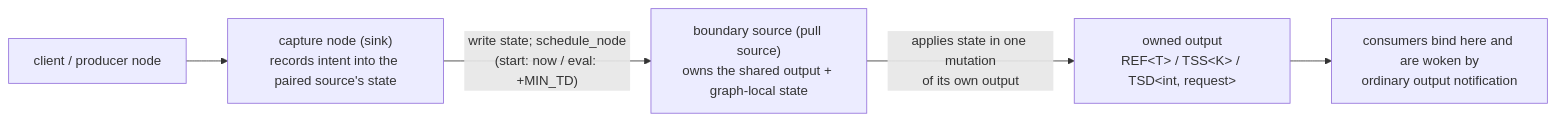
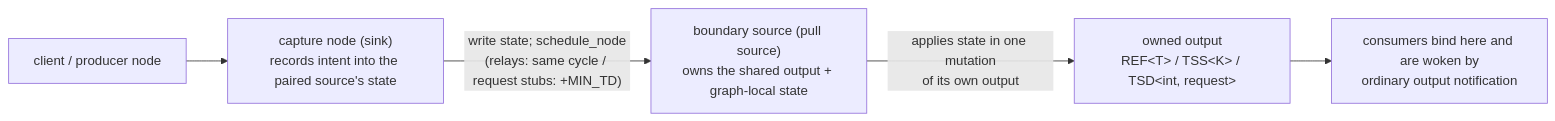
One commit to hhenson/hg_cpp changed the diagram in docs/source/developer_guide/services.rst. Above: the diagram before and after it, drawn with Mermaid. The commit also changed other lines of this file and 7 other files, not shown here.

Commit message:
Fix ranking of service and request-reply stubs

```diff
--- a/docs/source/developer_guide/services.rst
+++ b/docs/source/developer_guide/services.rst
@@ -27,13 +27,13 @@
 .. mermaid::
 
    flowchart LR
       client["client / producer node"]
       cap["capture node (sink)<br/>records intent into the paired source's state"]
       src["boundary source (pull source)<br/>owns the shared output + graph-local state"]
       out["owned output<br/>REF&lt;T&gt; / TSS&lt;K&gt; / TSD&lt;int, request&gt;"]
       cons["consumers bind here and are woken by<br/>ordinary output notification"]
 
       client --> cap
-      cap -->|"write state; schedule_node<br/>(start: now / eval: +MIN_TD)"| src
+      cap -->|"write state; schedule_node<br/>(relays: same cycle / request stubs: +MIN_TD)"| src
       src -->|"applies state in one mutation<br/>of its own output"| out
       out --> cons
```
